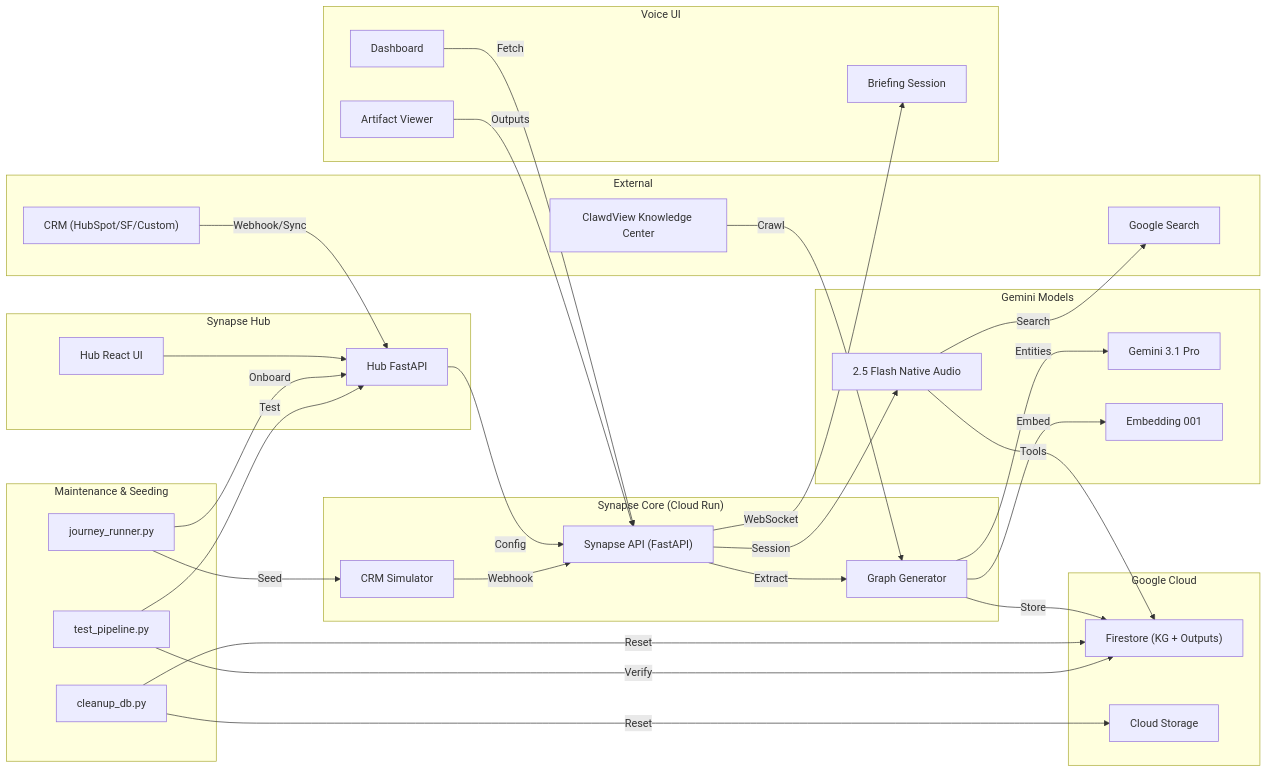
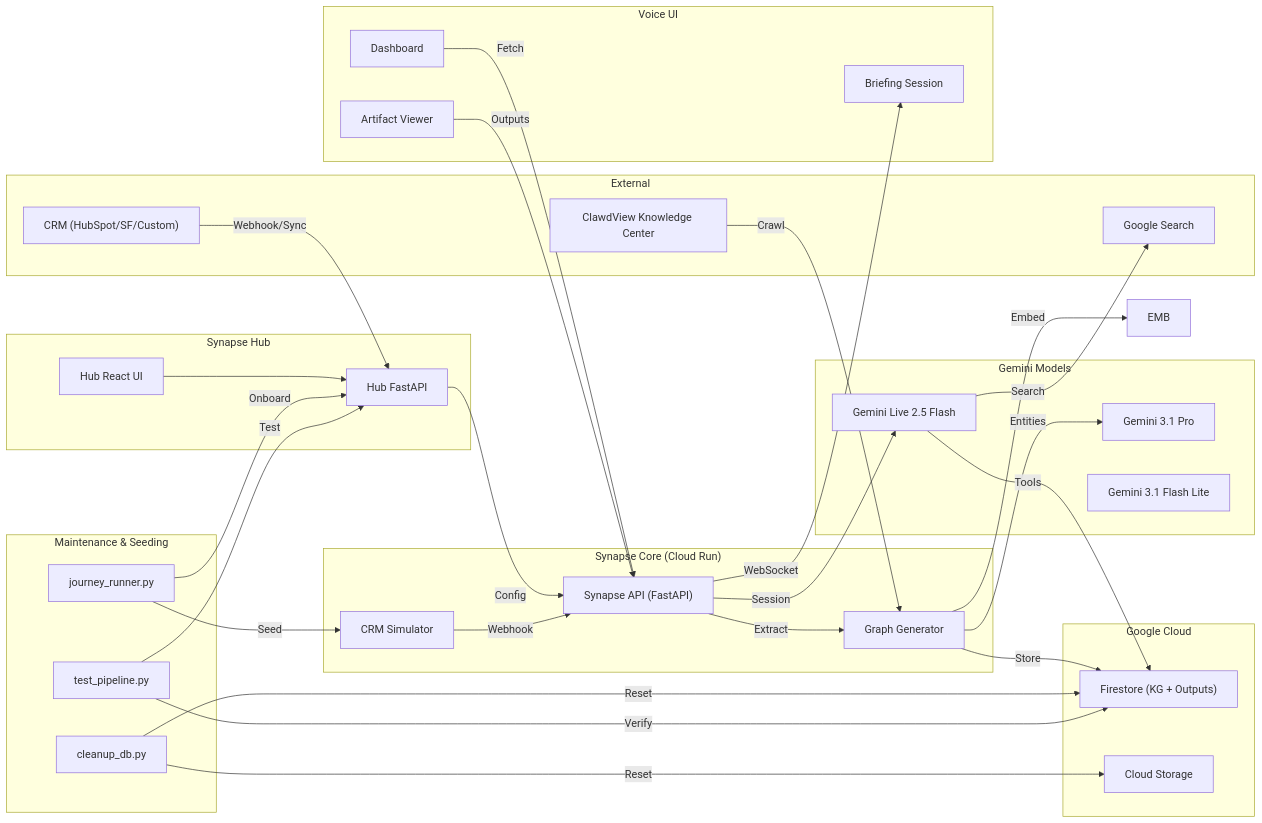
Before and after one commit to aroucadi/handoff_agent: the first of 5 diagrams in docs/ARCHITECTURE.md, drawn with Mermaid. The commit also changed other lines of this file and 7 other files, not shown here.

````diff
--- a/docs/ARCHITECTURE.md
+++ b/docs/ARCHITECTURE.md
@@ -5,65 +5,65 @@
 ```mermaid
 graph LR
     subgraph External
         CRM["CRM (HubSpot/SF/Custom)"]
         KC["ClawdView Knowledge Center"]
         GS["Google Search"]
     end
 
     subgraph Hub ["Synapse Hub"]
         HubUI["Hub React UI"]
         HubAPI["Hub FastAPI"]
     end
 
     subgraph Core ["Synapse Core (Cloud Run)"]
         API["Synapse API (FastAPI)"]
         GG["Graph Generator"]
         CRMSIM["CRM Simulator"]
     end
 
     subgraph AI ["Gemini Models"]
         PRO["Gemini 3.1 Pro"]
-        EMB["Embedding 001"]
-        LIVE["2.5 Flash Native Audio"]
+        LITE["Gemini 3.1 Flash Lite"]
+        LIVE["Gemini Live 2.5 Flash"]
     end
 
     subgraph Storage ["Google Cloud"]
         FS["Firestore (KG + Outputs)"]
         GCS["Cloud Storage"]
     end
 
     subgraph Frontend ["Voice UI"]
         DASH["Dashboard"]
         BRIEF["Briefing Session"]
         AV["Artifact Viewer"]
     end
 
     CRM -->|Webhook/Sync| HubAPI
     HubAPI -->|Config| API
     HubUI --> HubAPI
     API -->|Session| LIVE
     API -->|Extract| GG
     GG -->|Entities| PRO
     GG -->|Embed| EMB
     GG -->|Store| FS
     KC -->|Crawl| GG
     LIVE -->|Search| GS
     LIVE -->|Tools| FS
     API -->|WebSocket| BRIEF
     DASH -->|Fetch| API
     AV -->|Outputs| API
     CRMSIM -->|Webhook| API
 
     subgraph Scripts ["Maintenance & Seeding"]
         CU["cleanup_db.py"]
         JR["journey_runner.py"]
         TP["test_pipeline.py"]
     end
 
     CU -->|Reset| FS
     CU -->|Reset| GCS
     JR -->|Onboard| HubAPI
     JR -->|Seed| CRMSIM
     TP -->|Test| HubAPI
     TP -->|Verify| FS
 ```
````
